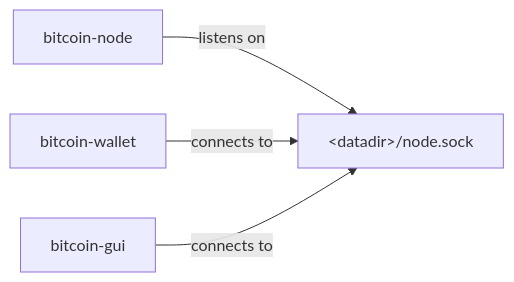
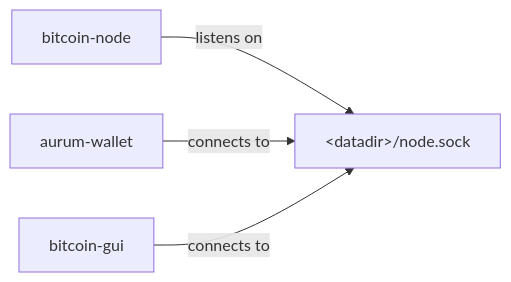
The first of 3 diagrams in doc/design/multiprocess.md (AurumCoinOrg/AurumCoin), drawn with Mermaid before and after one commit. The commit also changed other lines of this file and 578 other files, not shown here.

````diff
--- a/doc/design/multiprocess.md
+++ b/doc/design/multiprocess.md
@@ -29,6 +29,6 @@
 ```mermaid
 flowchart LR
     node[bitcoin-node] -- listens on --> socket["&lt;datadir&gt;/node.sock"]
-    wallet[bitcoin-wallet] -- connects to --> socket
+    wallet[aurum-wallet] -- connects to --> socket
     gui[bitcoin-gui] -- connects to --> socket
 ```
````
